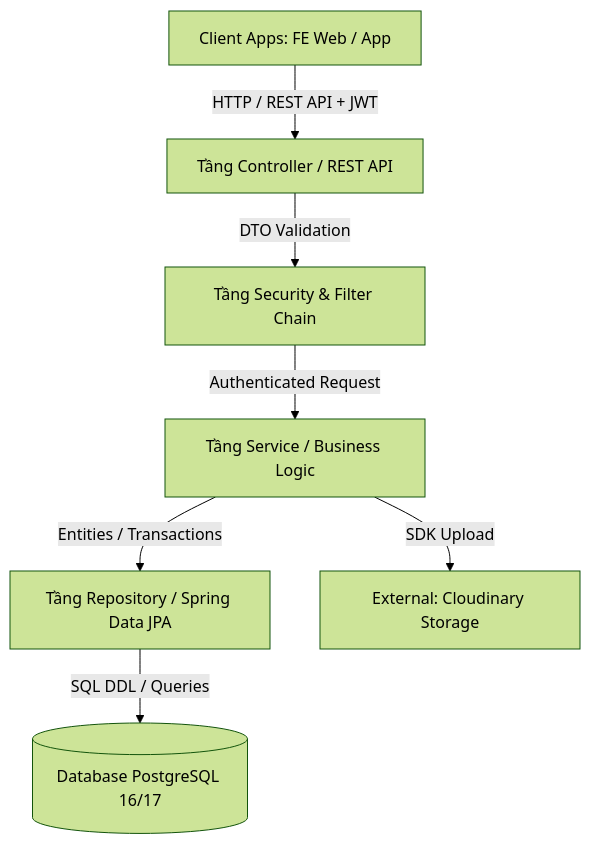
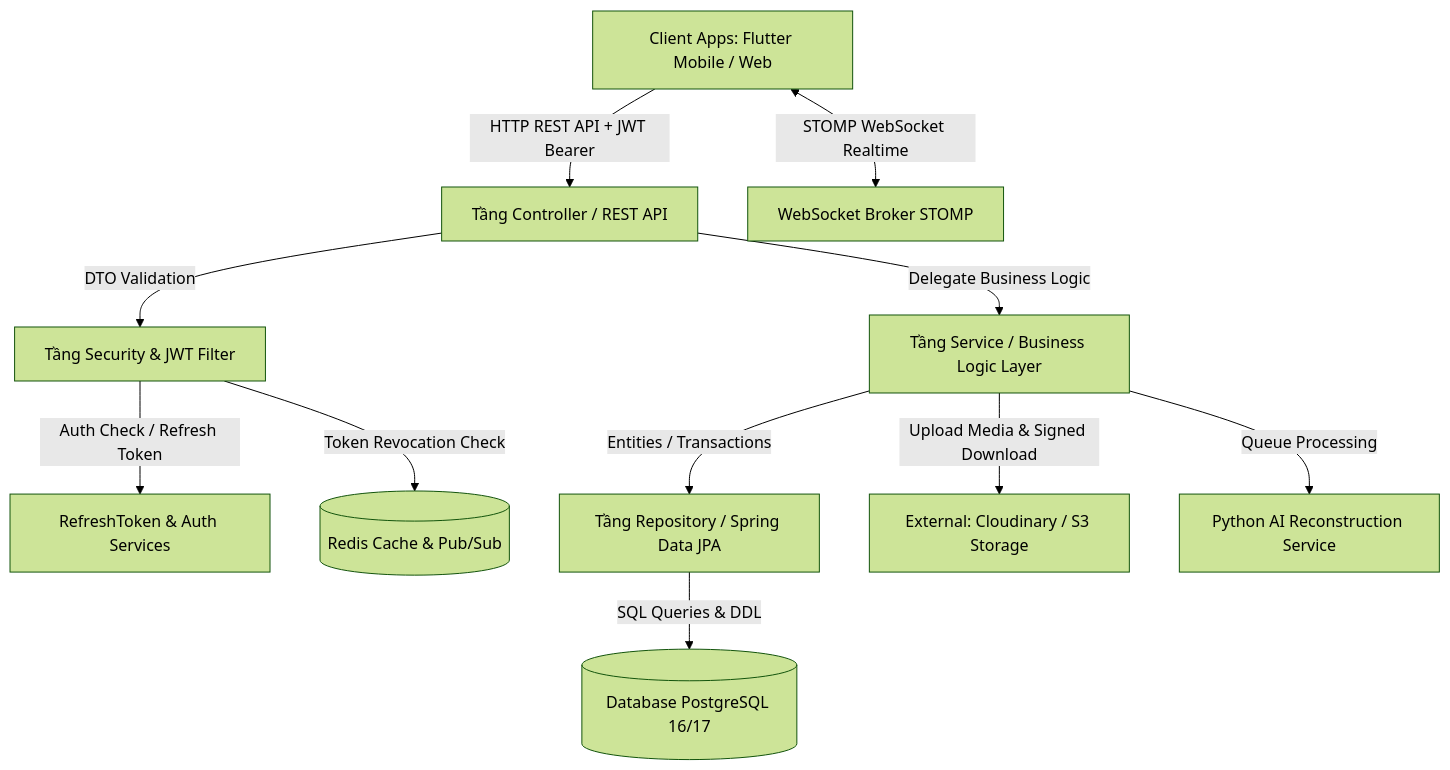
Before and after one commit to Memento3D/Memento3D-Backend: the first of 4 diagrams in STRUCTURE.md, drawn with Mermaid (forest theme). The commit also changed other lines of this file and 15 other files, not shown here.

Commit message:
feat(auth): feat(auth): add persistent login with refresh token

````diff
--- a/STRUCTURE.md
+++ b/STRUCTURE.md
@@ -11,9 +15,13 @@
 ```mermaid
 graph TD
-    Client[Client Apps: FE Web / App] -->|HTTP / REST API + JWT| Controller[Tầng Controller / REST API]
-    Controller -->|DTO Validation| Security[Tầng Security & Filter Chain]
-    Security -->|Authenticated Request| Service[Tầng Service / Business Logic]
+    Client[Client Apps: Flutter Mobile / Web] -->|HTTP REST API + JWT Bearer| Controller[Tầng Controller / REST API]
+    Client <-->|STOMP WebSocket Realtime| WSBroker[WebSocket Broker STOMP]
+    Controller -->|DTO Validation| Security[Tầng Security & JWT Filter]
+    Security -->|Auth Check / Refresh Token| TokenService[RefreshToken & Auth Services]
+    Security -->|Token Revocation Check| Redis[(Redis Cache & Pub/Sub)]
+    Controller -->|Delegate Business Logic| Service[Tầng Service / Business Logic Layer]
     Service -->|Entities / Transactions| Repository[Tầng Repository / Spring Data JPA]
-    Service -->|SDK Upload| Cloudinary[External: Cloudinary Storage]
-    Repository -->|SQL DDL / Queries| Postgres[(Database PostgreSQL 16/17)]
+    Service -->|Upload Media & Signed Download| Storage[External: Cloudinary / S3 Storage]
+    Service -->|Queue Processing| AIWorker[Python AI Reconstruction Service]
+    Repository -->|SQL Queries & DDL| Postgres[(Database PostgreSQL 16/17)]
 ```
````
